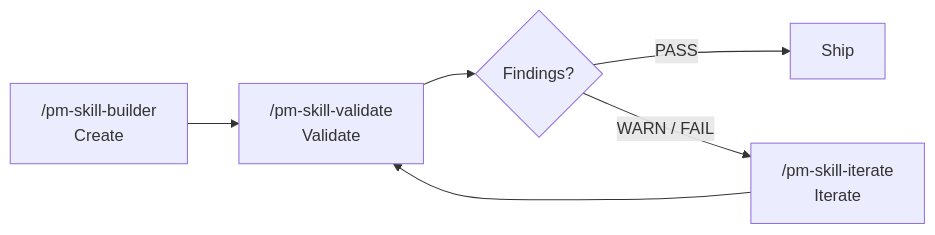
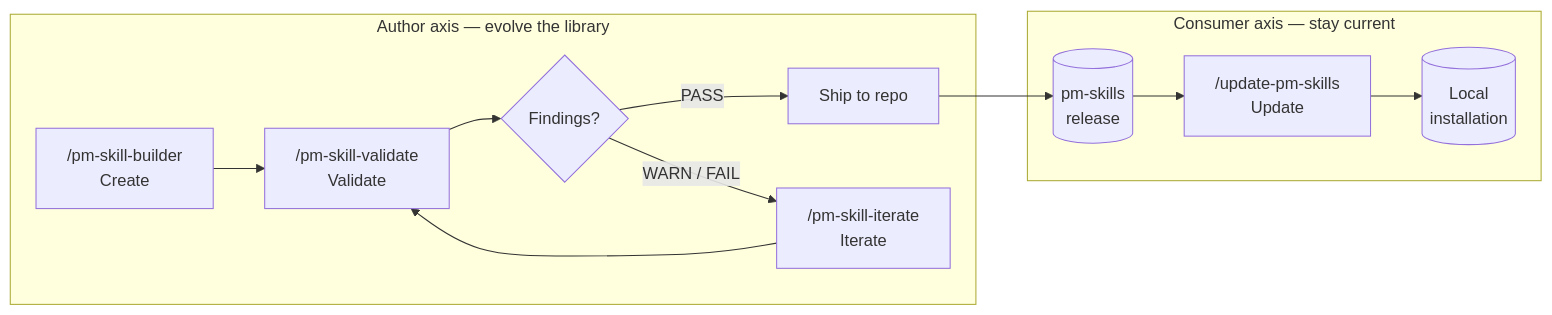
Before and after one commit to product-on-purpose/pm-skills: the first of 3 diagrams in docs/concepts/skill-lifecycle.md, drawn with Mermaid. The commit also changed other lines of this file and 2 other files, not shown here.

First line of the commit message:
docs: add update-pm-skills to lifecycle + fix docs/index syntax

````diff
--- a/docs/concepts/skill-lifecycle.md
+++ b/docs/concepts/skill-lifecycle.md
@@ -11,8 +14,17 @@
 ```mermaid
 flowchart LR
-    Create["/pm-skill-builder\nCreate"] --> Validate["/pm-skill-validate\nValidate"]
-    Validate --> Decision{Findings?}
-    Decision -- "PASS" --> Ship["Ship"]
-    Decision -- "WARN / FAIL" --> Iterate["/pm-skill-iterate\nIterate"]
-    Iterate --> Validate
+    subgraph Author["Author axis — evolve the library"]
+        Create["/pm-skill-builder<br/>Create"] --> Validate["/pm-skill-validate<br/>Validate"]
+        Validate --> Decision{Findings?}
+        Decision -- "PASS" --> Ship["Ship to repo"]
+        Decision -- "WARN / FAIL" --> Iterate["/pm-skill-iterate<br/>Iterate"]
+        Iterate --> Validate
+    end
+
+    Ship --> Release[(pm-skills<br/>release)]
+
+    subgraph Consumer["Consumer axis — stay current"]
+        Release --> Update["/update-pm-skills<br/>Update"]
+        Update --> Local[(Local<br/>installation)]
+    end
 ```
````
